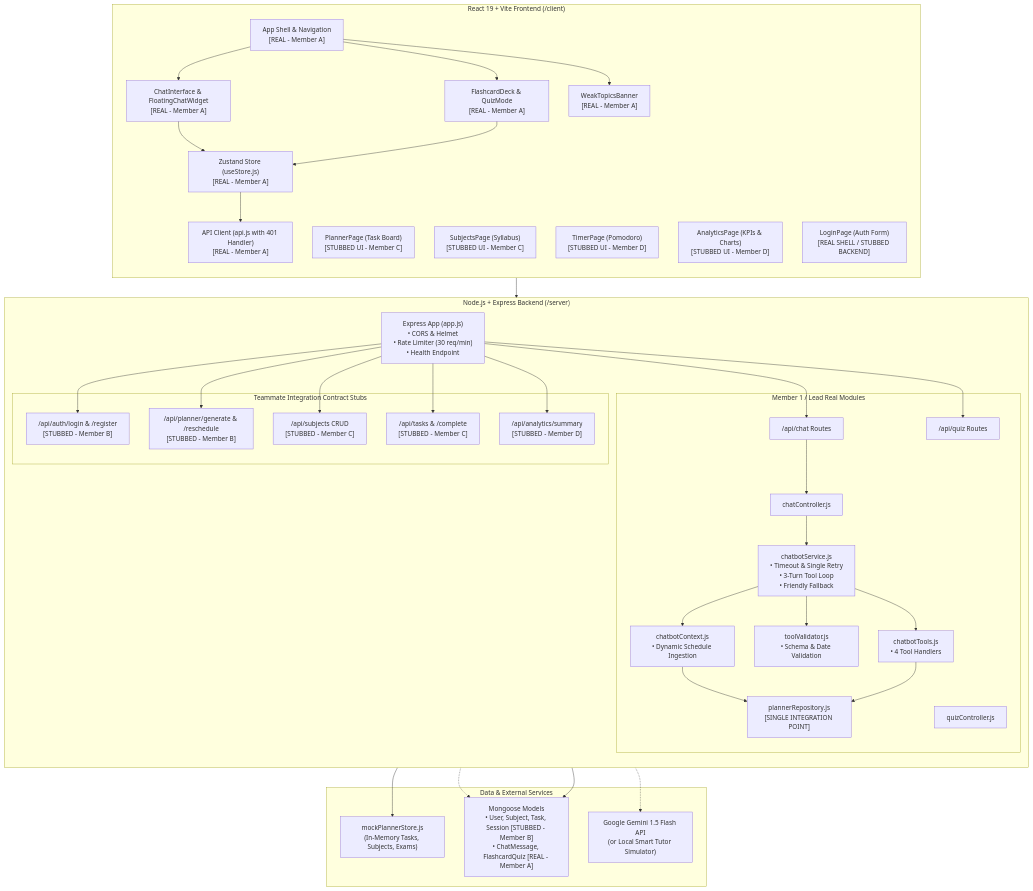
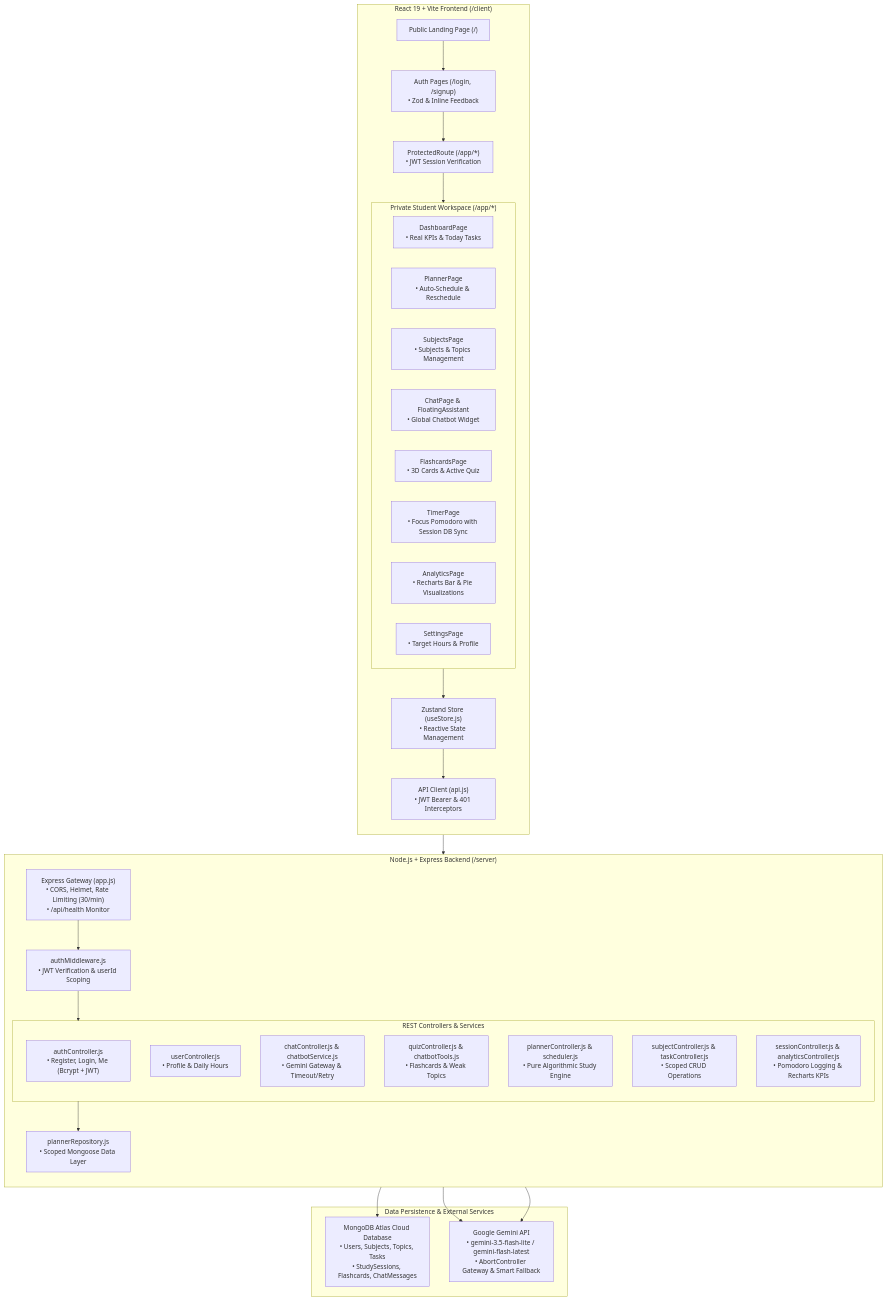
The diagram in docs/architecture.md (Monika202005/Smart-Study-Buddy-), drawn with Mermaid before and after one commit. The commit also changed other lines of this file and 18 other files, not shown here.

````diff
--- a/docs/architecture.md
+++ b/docs/architecture.md
@@ -10,82 +10,61 @@
 graph TB
     subgraph Frontend["React 19 + Vite Frontend (/client)"]
         direction TB
-        AppShell["App Shell & Navigation<br/>[REAL - Member A]"]
-        ChatUI["ChatInterface & FloatingChatWidget<br/>[REAL - Member A]"]
-        QuizUI["FlashcardDeck & QuizMode<br/>[REAL - Member A]"]
-        WeakBanner["WeakTopicsBanner<br/>[REAL - Member A]"]
+        Landing["Public Landing Page (/)"]
+        AuthUI["Auth Pages (/login, /signup)<br/>• Zod & Inline Feedback"]
+        Protected["ProtectedRoute (/app/*)<br/>• JWT Session Verification"]
         
-        PlannerUI["PlannerPage (Task Board)<br/>[STUBBED UI - Member C]"]
-        SubjectsUI["SubjectsPage (Syllabus)<br/>[STUBBED UI - Member C]"]
-        TimerUI["TimerPage (Pomodoro)<br/>[STUBBED UI - Member D]"]
-        AnalyticsUI["AnalyticsPage (KPIs & Charts)<br/>[STUBBED UI - Member D]"]
-        AuthUI["LoginPage (Auth Form)<br/>[REAL SHELL / STUBBED BACKEND]"]
+        subgraph Workspace["Private Student Workspace (/app/*)"]
+            DashboardUI["DashboardPage<br/>• Real KPIs & Today Tasks"]
+            PlannerUI["PlannerPage<br/>• Auto-Schedule & Reschedule"]
+            SubjectsUI["SubjectsPage<br/>• Subjects & Topics Management"]
+            ChatUI["ChatPage & FloatingAssistant<br/>• Global Chatbot Widget"]
+            FlashcardsUI["FlashcardsPage<br/>• 3D Cards & Active Quiz"]
+            TimerUI["TimerPage<br/>• Focus Pomodoro with Session DB Sync"]
+            AnalyticsUI["AnalyticsPage<br/>• Recharts Bar & Pie Visualizations"]
+            SettingsUI["SettingsPage<br/>• Target Hours & Profile"]
+        end
         
-        Store["Zustand Store (useStore.js)<br/>[REAL - Member A]"]
-        ApiClient["API Client (api.js with 401 Handler)<br/>[REAL - Member A]"]
+        Store["Zustand Store (useStore.js)<br/>• Reactive State Management"]
+        ApiClient["API Client (api.js)<br/>• JWT Bearer & 401 Interceptors"]
     end
 
     subgraph Backend["Node.js + Express Backend (/server)"]
         direction TB
-        AppServer["Express App (app.js)<br/>• CORS & Helmet<br/>• Rate Limiter (30 req/min)<br/>• Health Endpoint"]
+        AppServer["Express Gateway (app.js)<br/>• CORS, Helmet, Rate Limiting (30/min)<br/>• /api/health Monitor"]
+        AuthMiddleware["authMiddleware.js<br/>• JWT Verification & userId Scoping"]
         
-        subgraph RealSlice["Member 1 / Lead Real Modules"]
-            ChatRoutes["/api/chat Routes"]
-            QuizRoutes["/api/quiz Routes"]
-            ChatController["chatController.js"]
-            QuizController["quizController.js"]
-            ChatbotService["chatbotService.js<br/>• Timeout & Single Retry<br/>• 3-Turn Tool Loop<br/>• Friendly Fallback"]
-            ChatbotTools["chatbotTools.js<br/>• 4 Tool Handlers"]
-            ToolValidator["toolValidator.js<br/>• Schema & Date Validation"]
-            ContextBuilder["chatbotContext.js<br/>• Dynamic Schedule Ingestion"]
-            PlannerRepo["plannerRepository.js<br/>[SINGLE INTEGRATION POINT]"]
+        subgraph Controllers["REST Controllers & Services"]
+            AuthCtrl["authController.js<br/>• Register, Login, Me (Bcrypt + JWT)"]
+            UserCtrl["userController.js<br/>• Profile & Daily Hours"]
+            ChatCtrl["chatController.js & chatbotService.js<br/>• Gemini Gateway & Timeout/Retry"]
+            QuizCtrl["quizController.js & chatbotTools.js<br/>• Flashcards & Weak Topics"]
+            SchedulerCtrl["plannerController.js & scheduler.js<br/>• Pure Algorithmic Study Engine"]
+            SubjectCtrl["subjectController.js & taskController.js<br/>• Scoped CRUD Operations"]
+            SessionCtrl["sessionController.js & analyticsController.js<br/>• Pomodoro Logging & Recharts KPIs"]
         end
         
-        subgraph Stubs["Teammate Integration Contract Stubs"]
-            AuthStub["/api/auth/login & /register<br/>[STUBBED - Member B]"]
-            SchedulerStub["/api/planner/generate & /reschedule<br/>[STUBBED - Member B]"]
-            SubjectsStub["/api/subjects CRUD<br/>[STUBBED - Member C]"]
-            TasksStub["/api/tasks & /complete<br/>[STUBBED - Member C]"]
-            AnalyticsStub["/api/analytics/summary<br/>[STUBBED - Member D]"]
-        end
+        PlannerRepo["plannerRepository.js<br/>• Scoped Mongoose Data Layer"]
     end
 
-    subgraph Storage["Data & External Services"]
-        MockStore["mockPlannerStore.js<br/>(In-Memory Tasks, Subjects, Exams)"]
-        MongoModels["Mongoose Models<br/>• User, Subject, Task, Session [STUBBED - Member B]<br/>• ChatMessage, FlashcardQuiz [REAL - Member A]"]
-        GeminiAPI["Google Gemini 1.5 Flash API<br/>(or Local Smart Tutor Simulator)"]
+    subgraph Storage["Data Persistence & External Services"]
+        MongoAtlas["MongoDB Atlas Cloud Database<br/>• Users, Subjects, Topics, Tasks<br/>• StudySessions, Flashcards, ChatMessages"]
+        GeminiAPI["Google Gemini API<br/>• gemini-3.5-flash-lite / gemini-flash-latest<br/>• AbortController Gateway & Smart Fallback"]
     end
 
-    %% Frontend connections
-    AppShell --> ChatUI
-    AppShell --> QuizUI
-    AppShell --> WeakBanner
-    ChatUI --> Store
-    QuizUI --> Store
+    %% Client Flows
+    Landing --> AuthUI
+    AuthUI --> Protected
+    Protected --> Workspace
+    Workspace --> Store
     Store --> ApiClient
     ApiClient --> AppServer
 
-    %% Backend routes
-    AppServer --> ChatRoutes
-    AppServer --> QuizRoutes
-    AppServer --> AuthStub
-    AppServer --> SchedulerStub
-    AppServer --> SubjectsStub
-    AppServer --> TasksStub
-    AppServer --> AnalyticsStub
-
-    %% Chatbot Engine Flow
-    ChatRoutes --> ChatController
-    ChatController --> ChatbotService
-    ChatbotService --> ContextBuilder
-    ChatbotService --> ToolValidator
-    ChatbotService --> ChatbotTools
-    ChatbotService -.-> GeminiAPI
-    
-    %% Repository Integration
-    ContextBuilder --> PlannerRepo
-    ChatbotTools --> PlannerRepo
-    PlannerRepo --> MockStore
-    PlannerRepo -.-> MongoModels
-    QuizController --> MongoModels
+    %% Backend Flows
+    AppServer --> AuthMiddleware
+    AuthMiddleware --> Controllers
+    Controllers --> PlannerRepo
+    PlannerRepo --> MongoAtlas
+    ChatCtrl --> GeminiAPI
+    QuizCtrl --> GeminiAPI
 ```
````
